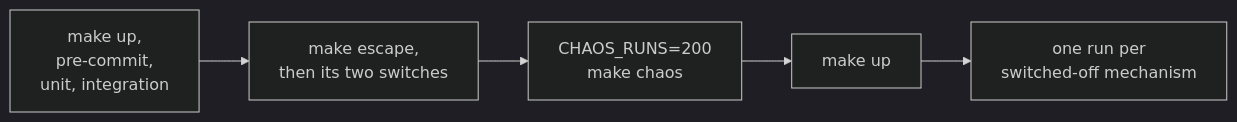
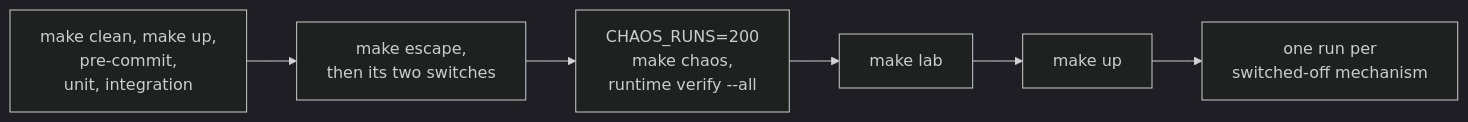
The first of 2 diagrams in docs/results/README.md (sindredg/agent-runtime), drawn with Mermaid (dark theme) before and after one commit. The commit also changed other lines of this file and 5 other files, not shown here.

````diff
--- a/docs/results/README.md
+++ b/docs/results/README.md
@@ -26,7 +26,8 @@
 ```mermaid
 flowchart LR
-    S1[make up,<br/>pre-commit,<br/>unit, integration] --> S2[make escape,<br/>then its two switches]
-    S2 --> S3[CHAOS_RUNS=200<br/>make chaos]
-    S3 --> S4[make up]
-    S4 --> S5[one run per<br/>switched-off mechanism]
+    S1[make clean, make up,<br/>pre-commit,<br/>unit, integration] --> S2[make escape,<br/>then its two switches]
+    S2 --> S3[CHAOS_RUNS=200<br/>make chaos,<br/>runtime verify --all]
+    S3 --> S4[make lab]
+    S4 --> S5[make up]
+    S5 --> S6[one run per<br/>switched-off mechanism]
 ```
````
